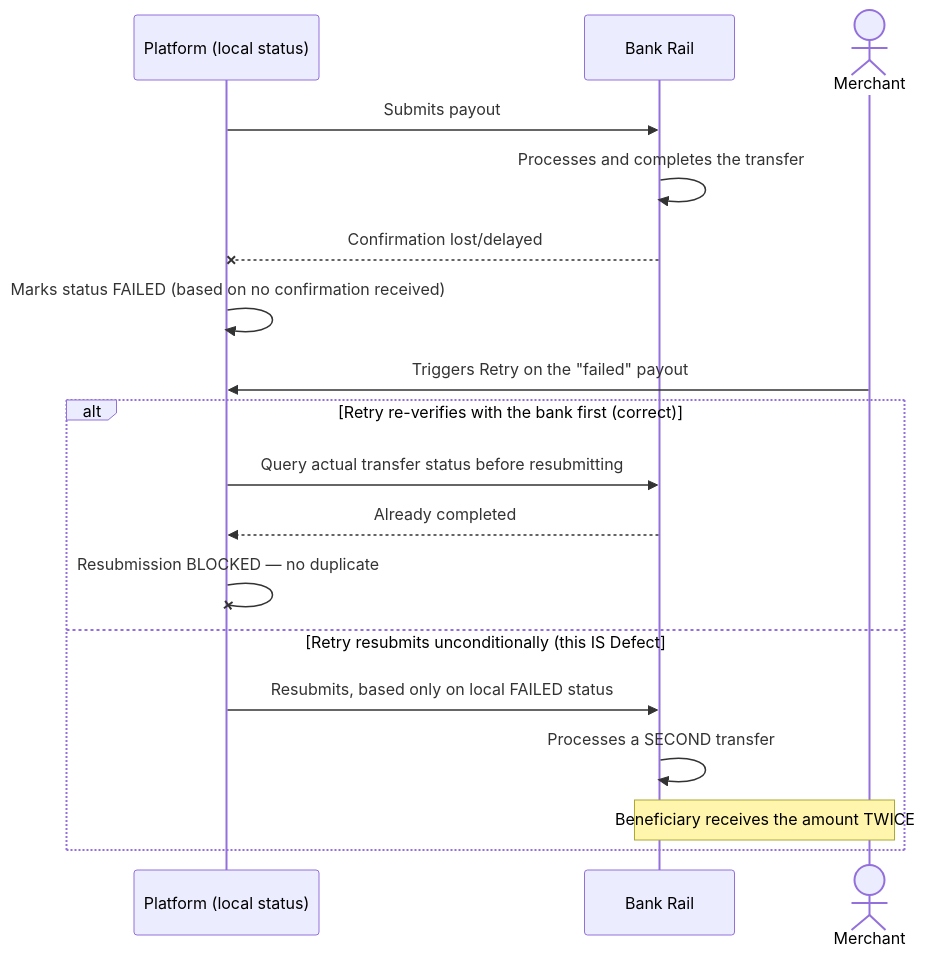
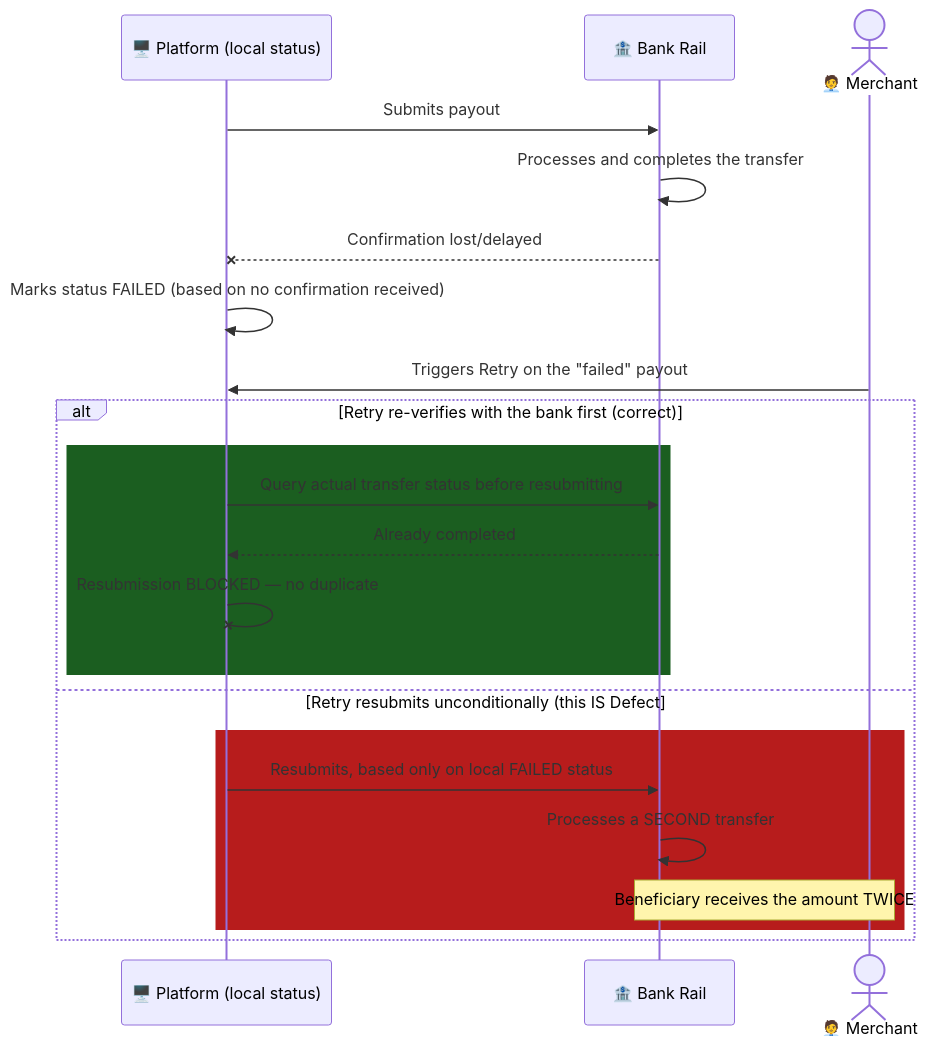
The fourth of 7 diagrams in docs/architecture-and-flow.md (ghanendra-sdet/fintech-payout-engine), drawn with Mermaid before and after one commit. The commit also changed other lines of this file, not shown here.

Commit message:
docs: enhance architecture diagrams and generalize cross-repo testing insight

````diff
--- a/docs/architecture-and-flow.md
+++ b/docs/architecture-and-flow.md
@@ -61,21 +86,25 @@
 ```mermaid
 sequenceDiagram
-    participant Platform as Platform (local status)
-    participant Bank as Bank Rail
-    actor Merchant
+    participant Platform as 🖥️ Platform (local status)
+    participant Bank as 🏦 Bank Rail
+    actor Merchant as 🧑‍💼 Merchant
 
     Platform->>Bank: Submits payout
     Bank->>Bank: Processes and completes the transfer
     Bank--xPlatform: Confirmation lost/delayed
     Platform->>Platform: Marks status FAILED (based on no confirmation received)
     Merchant->>Platform: Triggers Retry on the "failed" payout
     alt Retry re-verifies with the bank first (correct)
+        rect rgb(27, 94, 32)
         Platform->>Bank: Query actual transfer status before resubmitting
         Bank-->>Platform: Already completed
         Platform-xPlatform: Resubmission BLOCKED — no duplicate
+        end
     else Retry resubmits unconditionally (this IS Defect #3's actual root cause)
+        rect rgb(183, 28, 28)
         Platform->>Bank: Resubmits, based only on local FAILED status
         Bank->>Bank: Processes a SECOND transfer
         Note over Bank,Merchant: Beneficiary receives the amount TWICE
+        end
     end
 ```
````
